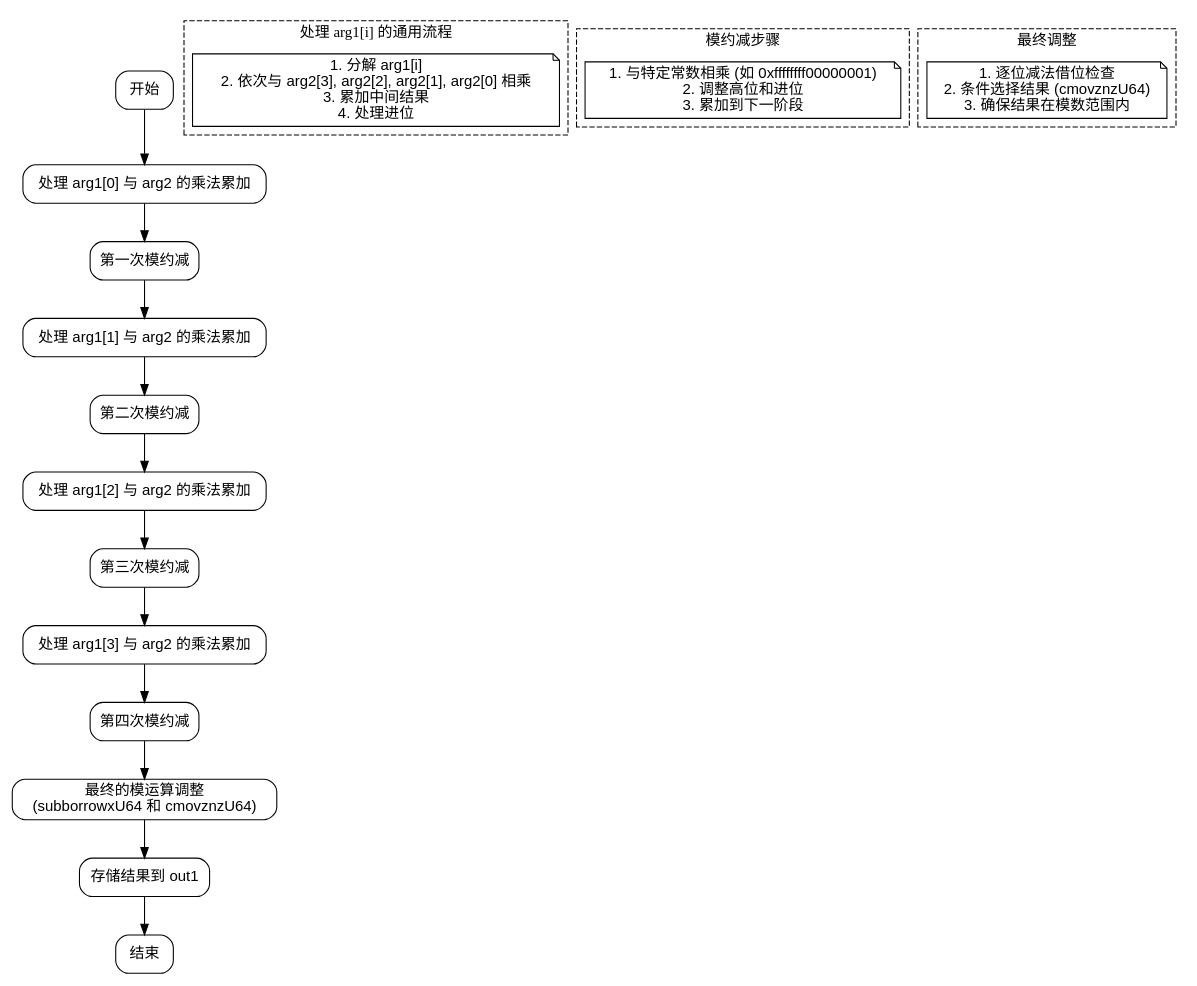
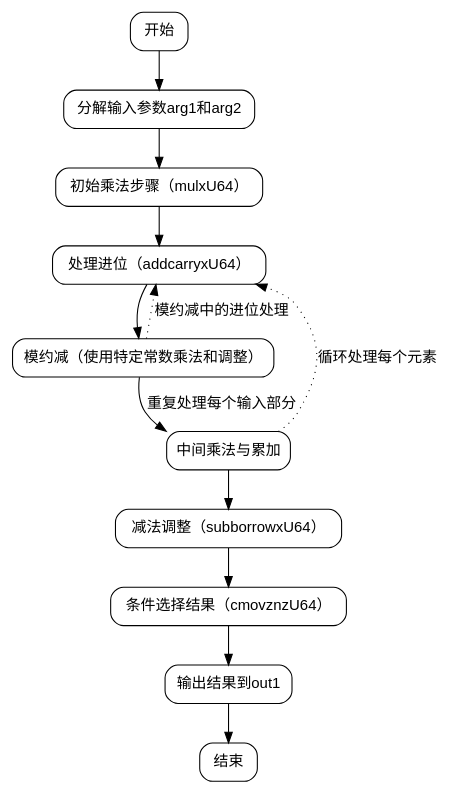
Before and after one commit to sdzx-1/deepseek-zig-reader: the diagram in dot_std/crypto/pcurves/p256/p256_64.zig.mul.md, drawn with Graphviz. The commit also changed other lines of this file and 236 other files, not shown here.

````diff
--- a/dot_std/crypto/pcurves/p256/p256_64.zig.mul.md
+++ b/dot_std/crypto/pcurves/p256/p256_64.zig.mul.md
@@ -46,53 +34,31 @@
 ```dot
 digraph flowchart {
-    node [shape=rectangle, style="rounded", fontname="Helvetica"];
-    edge [fontname="Helvetica"];
+    node [shape=rectangle, style=rounded, fontname=Helvetica];
+    edge [fontname=Helvetica];
 
     start [label="开始"];
-    process_arg1_0 [label="处理 arg1[0] 与 arg2 的乘法累加"];
-    reduce_mod_1 [label="第一次模约减"];
-    process_arg1_1 [label="处理 arg1[1] 与 arg2 的乘法累加"];
-    reduce_mod_2 [label="第二次模约减"];
-    process_arg1_2 [label="处理 arg1[2] 与 arg2 的乘法累加"];
-    reduce_mod_3 [label="第三次模约减"];
-    process_arg1_3 [label="处理 arg1[3] 与 arg2 的乘法累加"];
-    reduce_mod_4 [label="第四次模约减"];
-    final_adjust [label="最终的模运算调整\n(subborrowxU64 和 cmovznzU64)"];
-    store_result [label="存储结果到 out1"];
+    decompose_args [label="分解输入参数arg1和arg2"];
+    initial_mult [label="初始乘法步骤（mulxU64）"];
+    handle_carries [label="处理进位（addcarryxU64）"];
+    modular_reduction [label="模约减（使用特定常数乘法和调整）"];
+    intermediate_steps [label="中间乘法与累加"];
+    subtract_adjust [label="减法调整（subborrowxU64）"];
+    cmov_select [label="条件选择结果（cmovznzU64）"];
+    output [label="输出结果到out1"];
     end [label="结束"];
 
-    start -> process_arg1_0;
-    process_arg1_0 -> reduce_mod_1;
-    reduce_mod_1 -> process_arg1_1;
-    process_arg1_1 -> reduce_mod_2;
-    reduce_mod_2 -> process_arg1_2;
-    process_arg1_2 -> reduce_mod_3;
-    reduce_mod_3 -> process_arg1_3;
-    process_arg1_3 -> reduce_mod_4;
-    reduce_mod_4 -> final_adjust;
-    final_adjust -> store_result;
-    store_result -> end;
+    start -> decompose_args;
+    decompose_args -> initial_mult;
+    initial_mult -> handle_carries;
+    handle_carries -> modular_reduction;
+    modular_reduction -> intermediate_steps [label="重复处理每个输入部分"];
+    intermediate_steps -> subtract_adjust;
+    subtract_adjust -> cmov_select;
+    cmov_select -> output;
+    output -> end;
 
-    // 详细步骤说明（可选）
-    subgraph cluster_0 {
-        label="处理 arg1[i] 的通用流程";
-        style=dashed;
-        node [shape=note];
-        detail [label="1. 分解 arg1[i]\n2. 依次与 arg2[3], arg2[2], arg2[1], arg2[0] 相乘\n3. 累加中间结果\n4. 处理进位"];
-    }
-
-    subgraph cluster_1 {
-        label="模约减步骤";
-        style=dashed;
-        node [shape=note];
-        mod_detail [label="1. 与特定常数相乘 (如 0xffffffff00000001)\n2. 调整高位和进位\n3. 累加到下一阶段"];
-    }
-
-    subgraph cluster_2 {
-        label="最终调整";
-        style=dashed;
-        node [shape=note];
-        adjust_detail [label="1. 逐位减法借位检查\n2. 条件选择结果 (cmovznzU64)\n3. 确保结果在模数范围内"];
-    }
+    // 细化中间步骤的循环结构
+    intermediate_steps -> handle_carries [style=dotted, label="循环处理每个元素"];
+    modular_reduction -> handle_carries [style=dotted, label="模约减中的进位处理"];
 }
 ```
````
